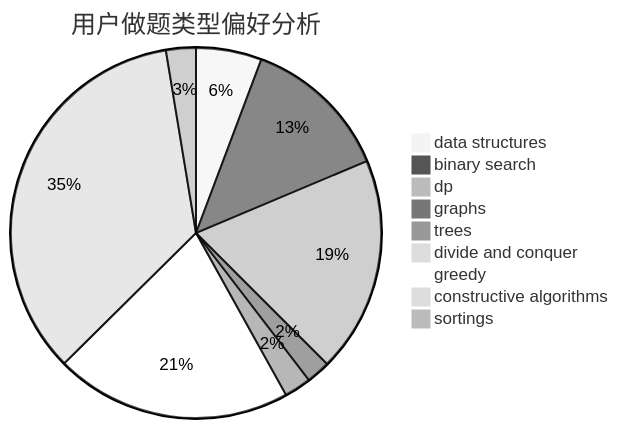
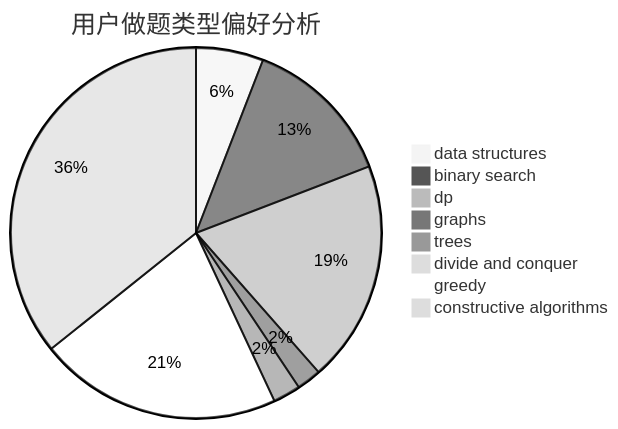
Before and after one commit to sherpahu/cfrs.github.io: the second of 3 diagrams in docs/user/u489.md, drawn with Mermaid (neutral theme). The commit also changed other lines of this file and 2769 other files, not shown here.

````diff
--- a/docs/user/u489.md
+++ b/docs/user/u489.md
@@ -18,12 +18,11 @@
 ```mermaid
 pie title 用户做题类型偏好分析
     "data structures" :  66
     "binary search" :  149
     "dp" :  217
     "graphs" :  24
     "trees" :  27
     "divide and conquer" :  0
     "greedy" :  238
     "constructive algorithms" :  401
-    "sortings" :  30
 ```
````
